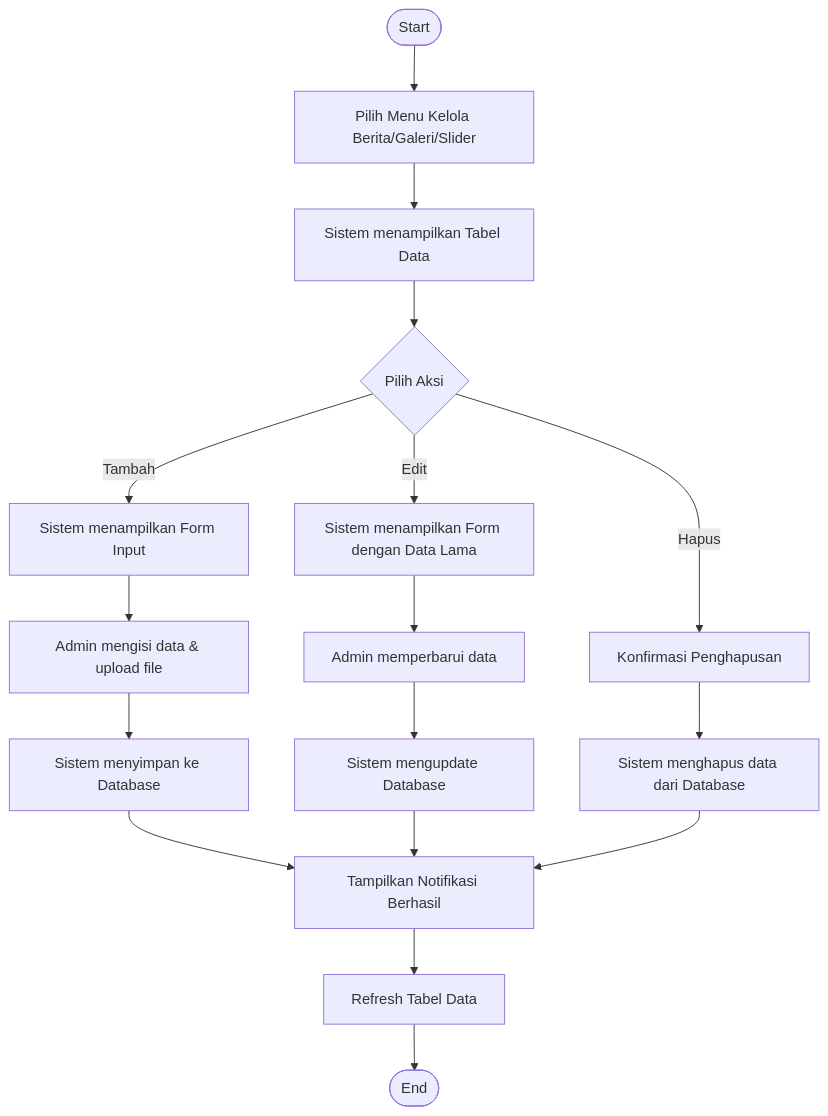
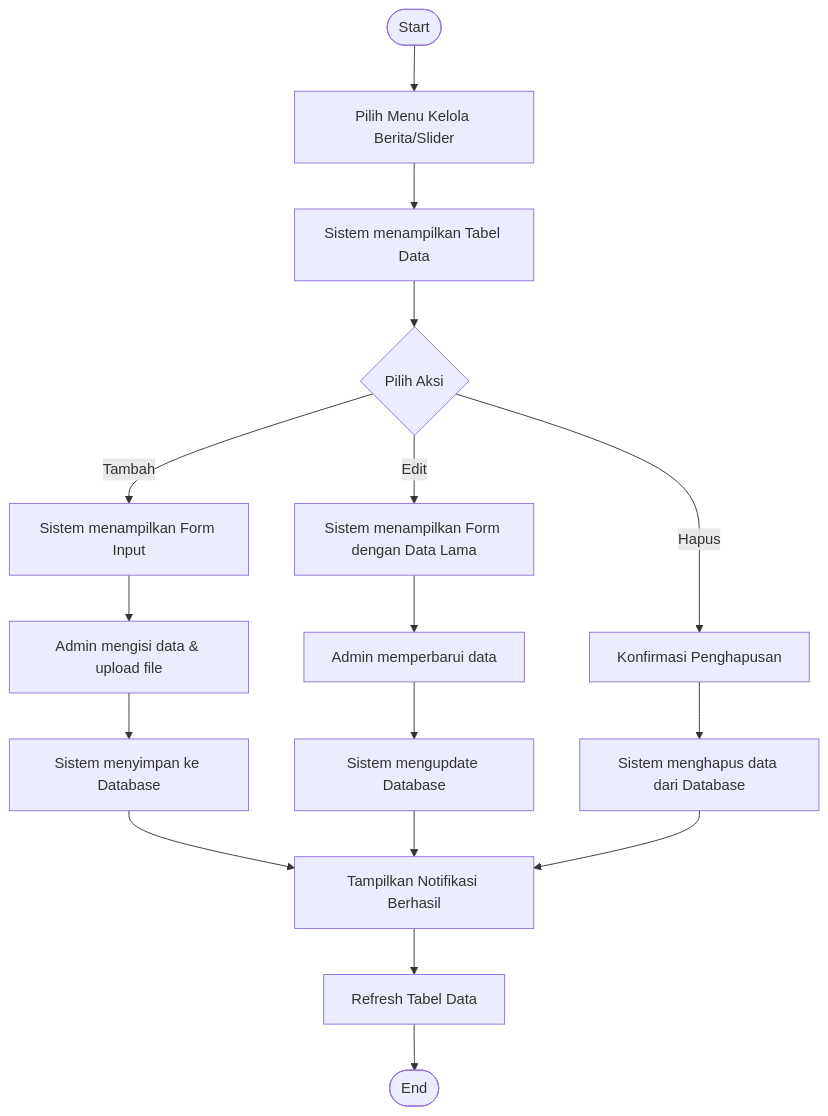
The second of 5 diagrams in docs/activity_diagram_admin.md (arbain-dev/Web_fikom), drawn with Mermaid before and after one commit. The commit also changed other lines of this file and 11 other files, not shown here.

````diff
--- a/docs/activity_diagram_admin.md
+++ b/docs/activity_diagram_admin.md
@@ -37,24 +37,24 @@
 ```mermaid
 flowchart TD
-    Start([Start]) --> OpenModule[Pilih Menu Kelola Berita/Galeri/Slider]
+    Start([Start]) --> OpenModule[Pilih Menu Kelola Berita/Slider]
     OpenModule --> ShowList[Sistem menampilkan Tabel Data]
     
     ShowList --> Action{Pilih Aksi}
     
     Action -- "Tambah" --> FormTambah[Sistem menampilkan Form Input]
     FormTambah --> InputData[Admin mengisi data & upload file]
     InputData --> SaveData[Sistem menyimpan ke Database]
     SaveData --> SuccessMsg[Tampilkan Notifikasi Berhasil]
     
     Action -- "Edit" --> FormEdit[Sistem menampilkan Form dengan Data Lama]
     FormEdit --> UpdateData[Admin memperbarui data]
     UpdateData --> SaveUpdate[Sistem mengupdate Database]
     SaveUpdate --> SuccessMsg
     
     Action -- "Hapus" --> Confirm[Konfirmasi Penghapusan]
     Confirm --> DeleteDB[Sistem menghapus data dari Database]
     DeleteDB --> SuccessMsg
     
     SuccessMsg --> RefreshList[Refresh Tabel Data]
     RefreshList --> End([End])
 ```
````
